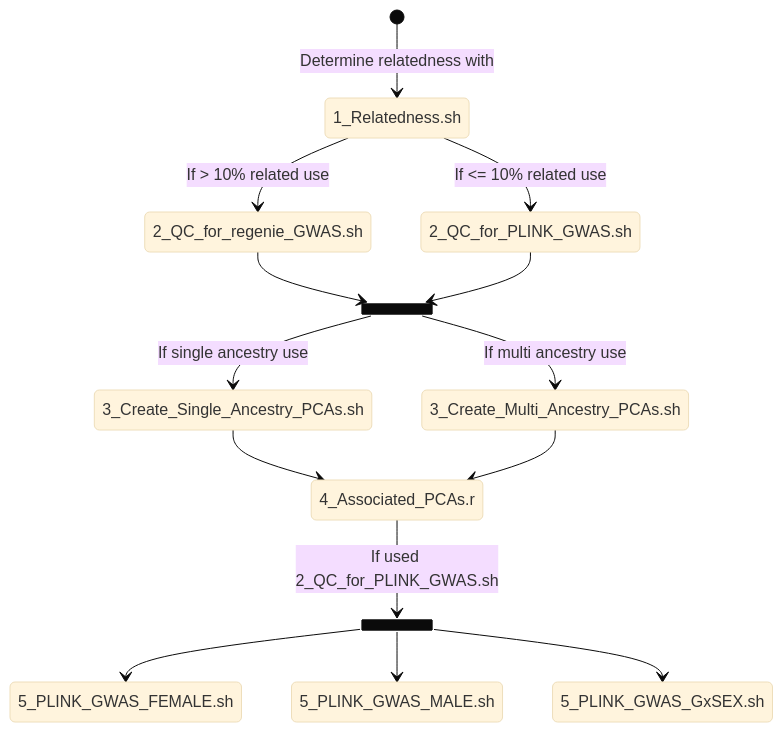
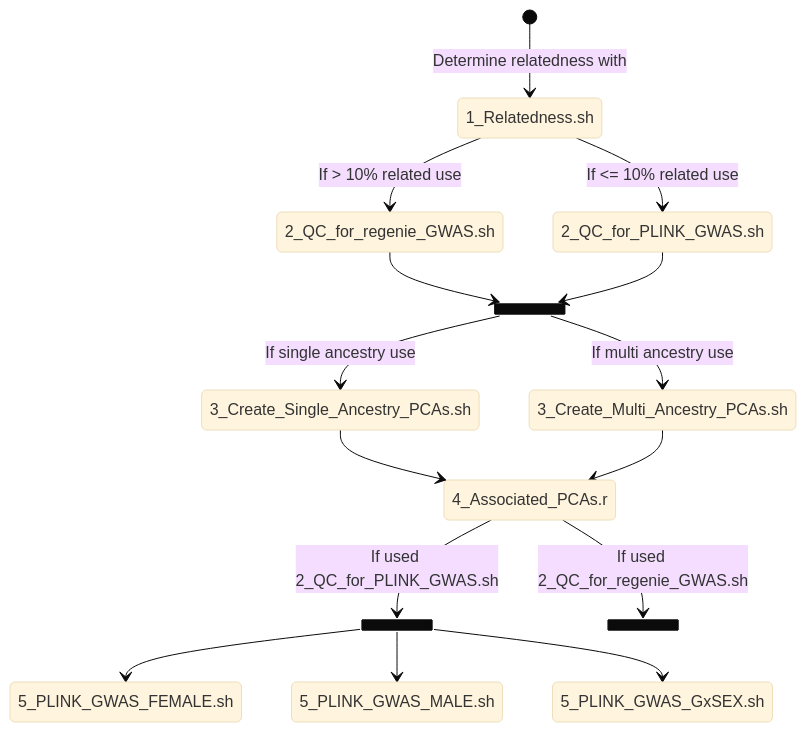
One commit to psychiatric-genomics-consortium/sex-stratified-depression changed the diagram in README.md. Above: the diagram before and after it, drawn with Mermaid (base theme).

````diff
--- a/README.md
+++ b/README.md
@@ -14,19 +14,20 @@
 ```mermaid
 stateDiagram-v2
  state anc <<join>>
  state rel <<join>>
+ state rel2 <<join>>
  [*] --> 1_Relatedness.sh : Determine relatedness with
  1_Relatedness.sh --> 2_QC_for_regenie_GWAS.sh : If > 10% related use
  1_Relatedness.sh --> 2_QC_for_PLINK_GWAS.sh : If <= 10% related use
  2_QC_for_regenie_GWAS.sh --> anc
  2_QC_for_PLINK_GWAS.sh --> anc
  anc --> 3_Create_Single_Ancestry_PCAs.sh : If single ancestry use
  anc --> 3_Create_Multi_Ancestry_PCAs.sh : If multi ancestry use
  3_Create_Single_Ancestry_PCAs.sh --> 4_Associated_PCAs.r
  3_Create_Multi_Ancestry_PCAs.sh --> 4_Associated_PCAs.r
  4_Associated_PCAs.r --> rel : If used 2_QC_for_PLINK_GWAS.sh
  rel --> 5_PLINK_GWAS_FEMALE.sh
  rel --> 5_PLINK_GWAS_MALE.sh
  rel --> 5_PLINK_GWAS_GxSEX.sh
-
+ 4_Associated_PCAs.r --> rel2 : If used 2_QC_for_regenie_GWAS.sh
 ```
````
